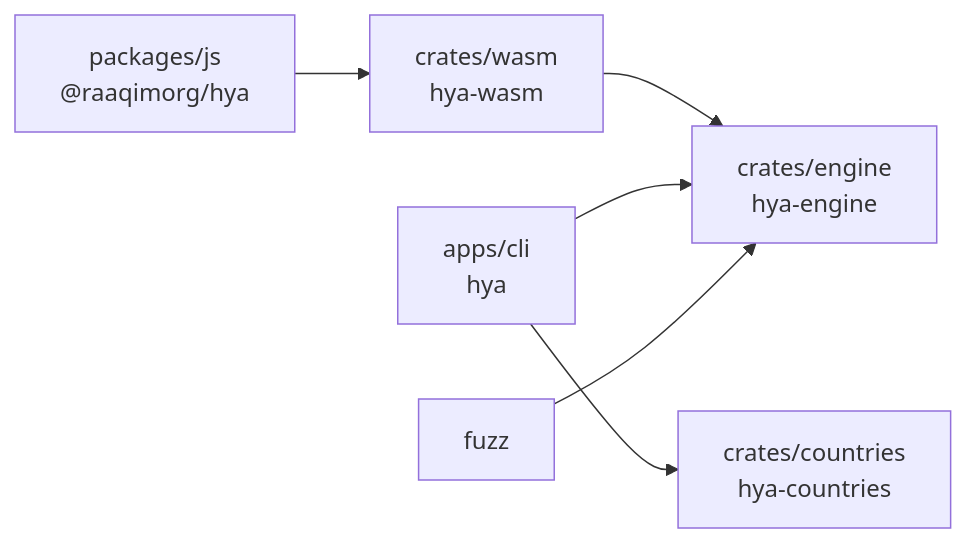
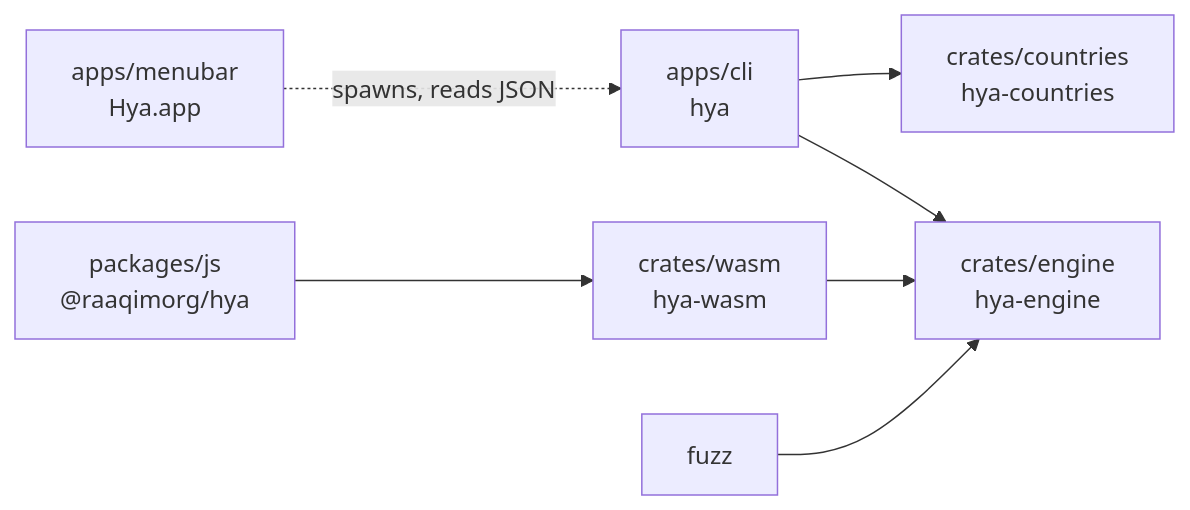
The third of 3 diagrams in README.md (raaqimorg/hya), drawn with Mermaid before and after one commit. The commit also changed other lines of this file and 8 other files, not shown here.

First line of the commit message:
docs: add AGENTS.md, a diagram-first topology, and doc conventions

````diff
--- a/README.md
+++ b/README.md
@@ -417,14 +417,16 @@
 ```mermaid
 flowchart LR
     core["crates/engine<br/>hya-engine"]
     countries["crates/countries<br/>hya-countries"]
     wasm["crates/wasm<br/>hya-wasm"]
     js["packages/js<br/>@raaqimorg/hya"]
     cli["apps/cli<br/>hya"]
+    menubar["apps/menubar<br/>Hya.app"]
     fuzz["fuzz"]
     wasm --> core
     js --> wasm
     cli --> core
     cli --> countries
+    menubar -.->|spawns, reads JSON| cli
     fuzz --> core
 ```
````
